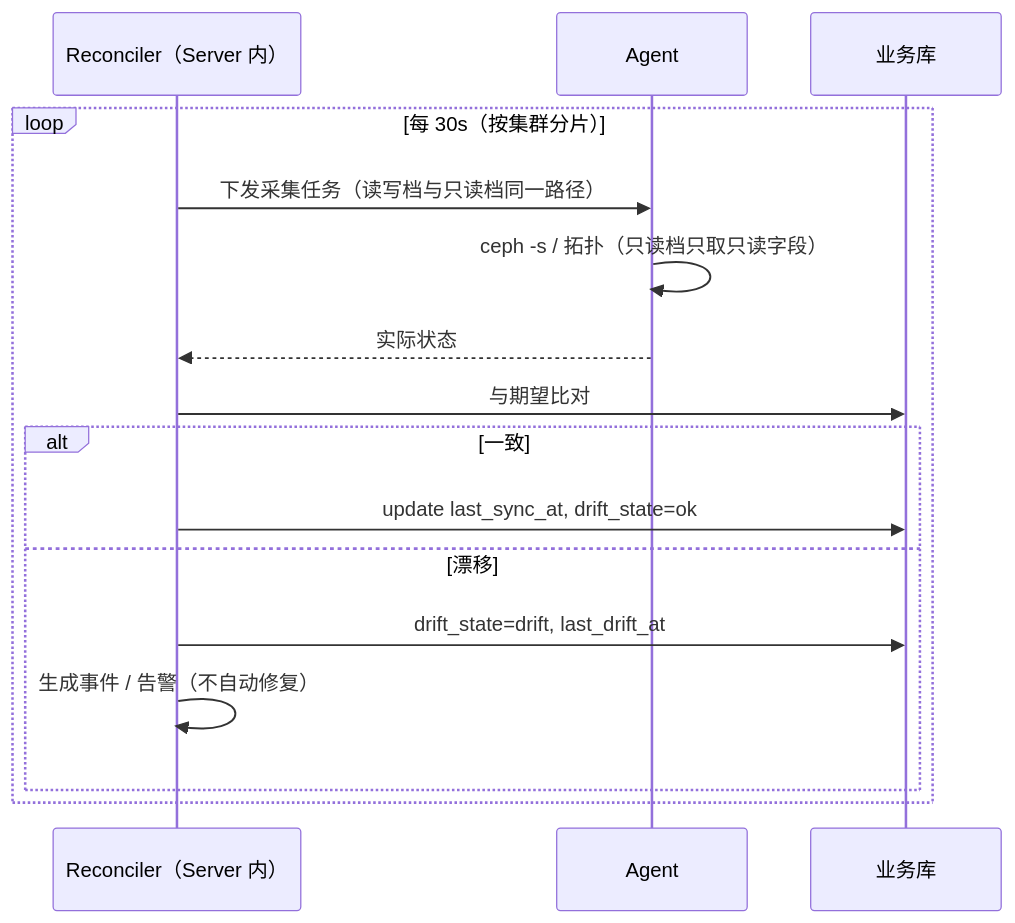
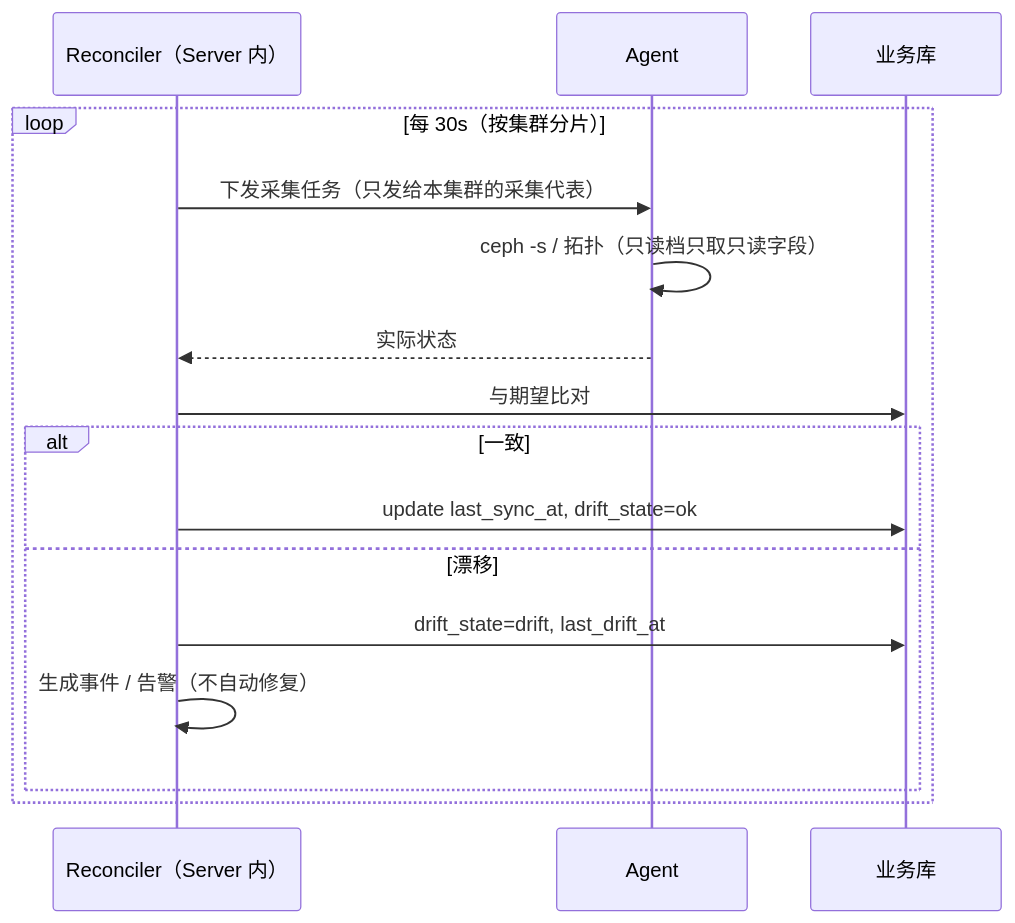
One commit to lnsyyj/winter changed diagram 11 of 19 in docs/02-研发线/04-架构师/架构时序与数据流图册.md. Above: the diagram before and after it, drawn with Mermaid. The commit also changed 8 other files, not shown here.

````diff
--- a/docs/02-研发线/04-架构师/架构时序与数据流图册.md
+++ b/docs/02-研发线/04-架构师/架构时序与数据流图册.md
@@ -338,19 +338,19 @@
 ```mermaid
 sequenceDiagram
     participant R as Reconciler（Server 内）
     participant A as Agent
     participant PG as 业务库
 
     loop 每 30s（按集群分片）
-        R->>A: 下发采集任务（读写档与只读档同一路径）
+        R->>A: 下发采集任务（只发给本集群的采集代表）
         A->>A: ceph -s / 拓扑（只读档只取只读字段）
         A-->>R: 实际状态
         R->>PG: 与期望比对
         alt 一致
             R->>PG: update last_sync_at, drift_state=ok
         else 漂移
             R->>PG: drift_state=drift, last_drift_at
             R->>R: 生成事件 / 告警（不自动修复）
         end
     end
 ```
````
